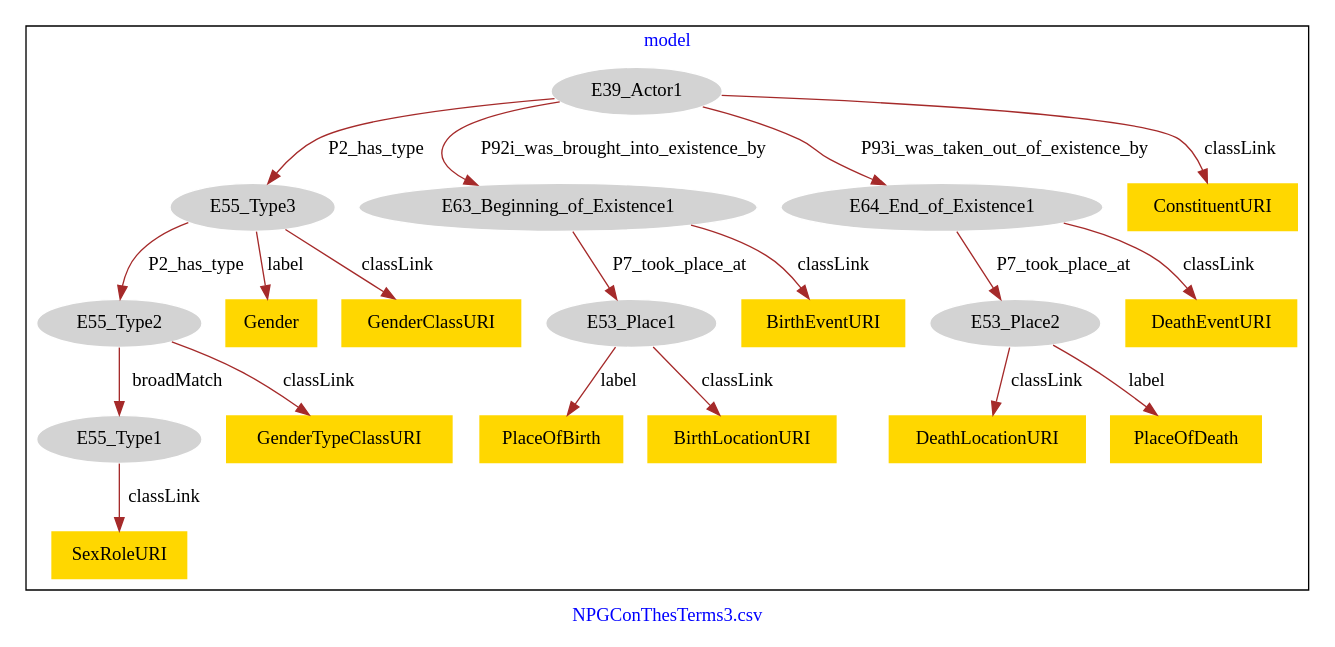
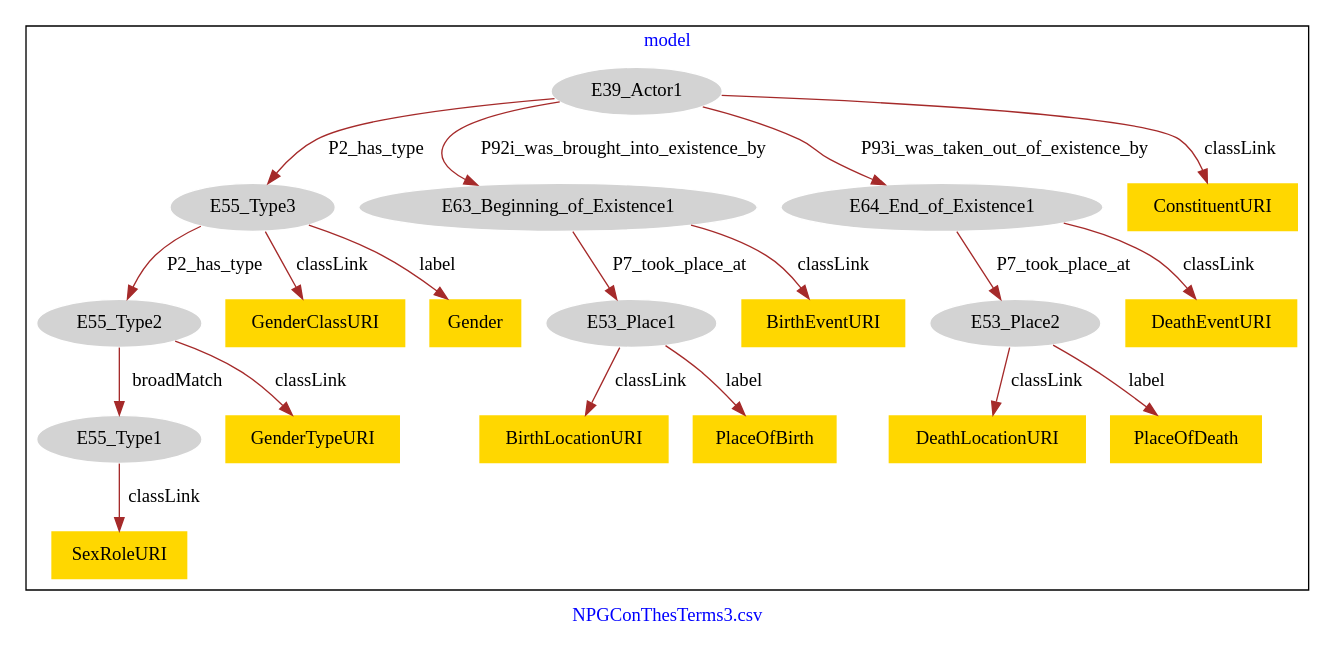
The diagram in NPGConThesTerms/NPGConThesTerms2-model.dot (american-art/npg), drawn with Graphviz before and after one commit.

Commit message:
Update file NPGConThesTerms2-model.dot

```diff
--- a/NPGConThesTerms/NPGConThesTerms2-model.dot
+++ b/NPGConThesTerms/NPGConThesTerms2-model.dot
@@ -1,45 +1,45 @@
 digraph n0 {
 fontcolor="blue"
 remincross="true"
 label="NPGConThesTerms3.csv"
 subgraph cluster {
 label="model"
 n2[style="filled",color="white",fillcolor="lightgray",label="E39_Actor1"];
 n3[style="filled",color="white",fillcolor="lightgray",label="E55_Type3"];
 n4[style="filled",color="white",fillcolor="lightgray",label="E63_Beginning_of_Existence1"];
 n5[style="filled",color="white",fillcolor="lightgray",label="E64_End_of_Existence1"];
 n6[style="filled",color="white",fillcolor="lightgray",label="E55_Type2"];
 n7[style="filled",color="white",fillcolor="lightgray",label="E55_Type1"];
 n8[style="filled",color="white",fillcolor="lightgray",label="E53_Place1"];
 n9[style="filled",color="white",fillcolor="lightgray",label="E53_Place2"];
-n10[shape="plaintext",style="filled",fillcolor="gold",label="Gender"];
-n11[shape="plaintext",style="filled",fillcolor="gold",label="DeathLocationURI"];
-n12[shape="plaintext",style="filled",fillcolor="gold",label="PlaceOfBirth"];
-n13[shape="plaintext",style="filled",fillcolor="gold",label="BirthEventURI"];
-n14[shape="plaintext",style="filled",fillcolor="gold",label="BirthLocationURI"];
-n15[shape="plaintext",style="filled",fillcolor="gold",label="GenderTypeClassURI"];
-n16[shape="plaintext",style="filled",fillcolor="gold",label="ConstituentURI"];
-n17[shape="plaintext",style="filled",fillcolor="gold",label="SexRoleURI"];
+n10[shape="plaintext",style="filled",fillcolor="gold",label="GenderClassURI"];
+n11[shape="plaintext",style="filled",fillcolor="gold",label="DeathEventURI"];
+n12[shape="plaintext",style="filled",fillcolor="gold",label="BirthLocationURI"];
+n13[shape="plaintext",style="filled",fillcolor="gold",label="ConstituentURI"];
+n14[shape="plaintext",style="filled",fillcolor="gold",label="DeathLocationURI"];
+n15[shape="plaintext",style="filled",fillcolor="gold",label="GenderTypeURI"];
+n16[shape="plaintext",style="filled",fillcolor="gold",label="BirthEventURI"];
+n17[shape="plaintext",style="filled",fillcolor="gold",label="Gender"];
 n18[shape="plaintext",style="filled",fillcolor="gold",label="PlaceOfDeath"];
-n19[shape="plaintext",style="filled",fillcolor="gold",label="DeathEventURI"];
-n20[shape="plaintext",style="filled",fillcolor="gold",label="GenderClassURI"];
+n19[shape="plaintext",style="filled",fillcolor="gold",label="SexRoleURI"];
+n20[shape="plaintext",style="filled",fillcolor="gold",label="PlaceOfBirth"];
 }
 n2 -> n3[color="brown",fontcolor="black",label="P2_has_type"]
 n2 -> n4[color="brown",fontcolor="black",label="P92i_was_brought_into_existence_by"]
 n2 -> n5[color="brown",fontcolor="black",label="P93i_was_taken_out_of_existence_by"]
 n6 -> n7[color="brown",fontcolor="black",label="broadMatch"]
 n3 -> n6[color="brown",fontcolor="black",label="P2_has_type"]
 n4 -> n8[color="brown",fontcolor="black",label="P7_took_place_at"]
 n5 -> n9[color="brown",fontcolor="black",label="P7_took_place_at"]
-n3 -> n10[color="brown",fontcolor="black",label="label"]
-n9 -> n11[color="brown",fontcolor="black",label="classLink"]
-n8 -> n12[color="brown",fontcolor="black",label="label"]
-n4 -> n13[color="brown",fontcolor="black",label="classLink"]
-n8 -> n14[color="brown",fontcolor="black",label="classLink"]
+n3 -> n10[color="brown",fontcolor="black",label="classLink"]
+n5 -> n11[color="brown",fontcolor="black",label="classLink"]
+n8 -> n12[color="brown",fontcolor="black",label="classLink"]
+n2 -> n13[color="brown",fontcolor="black",label="classLink"]
+n9 -> n14[color="brown",fontcolor="black",label="classLink"]
 n6 -> n15[color="brown",fontcolor="black",label="classLink"]
-n2 -> n16[color="brown",fontcolor="black",label="classLink"]
-n7 -> n17[color="brown",fontcolor="black",label="classLink"]
+n4 -> n16[color="brown",fontcolor="black",label="classLink"]
+n3 -> n17[color="brown",fontcolor="black",label="label"]
 n9 -> n18[color="brown",fontcolor="black",label="label"]
-n5 -> n19[color="brown",fontcolor="black",label="classLink"]
-n3 -> n20[color="brown",fontcolor="black",label="classLink"]
+n7 -> n19[color="brown",fontcolor="black",label="classLink"]
+n8 -> n20[color="brown",fontcolor="black",label="label"]
 }
```
